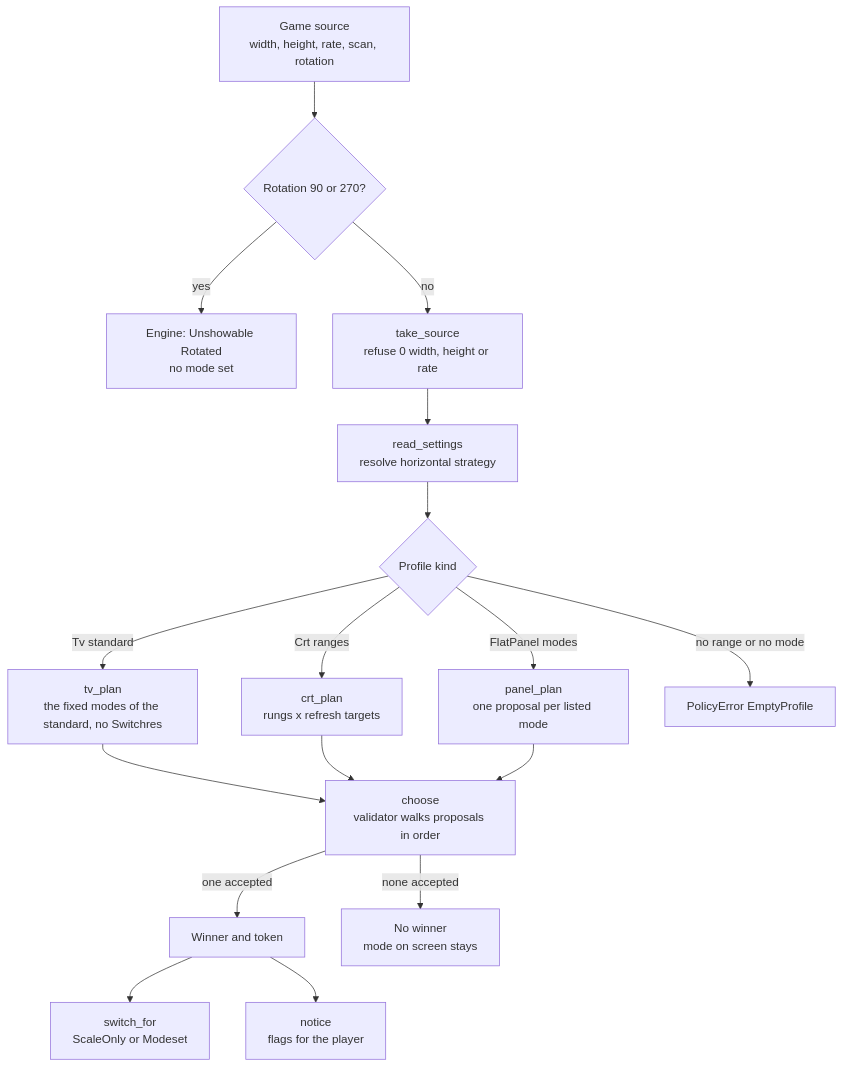
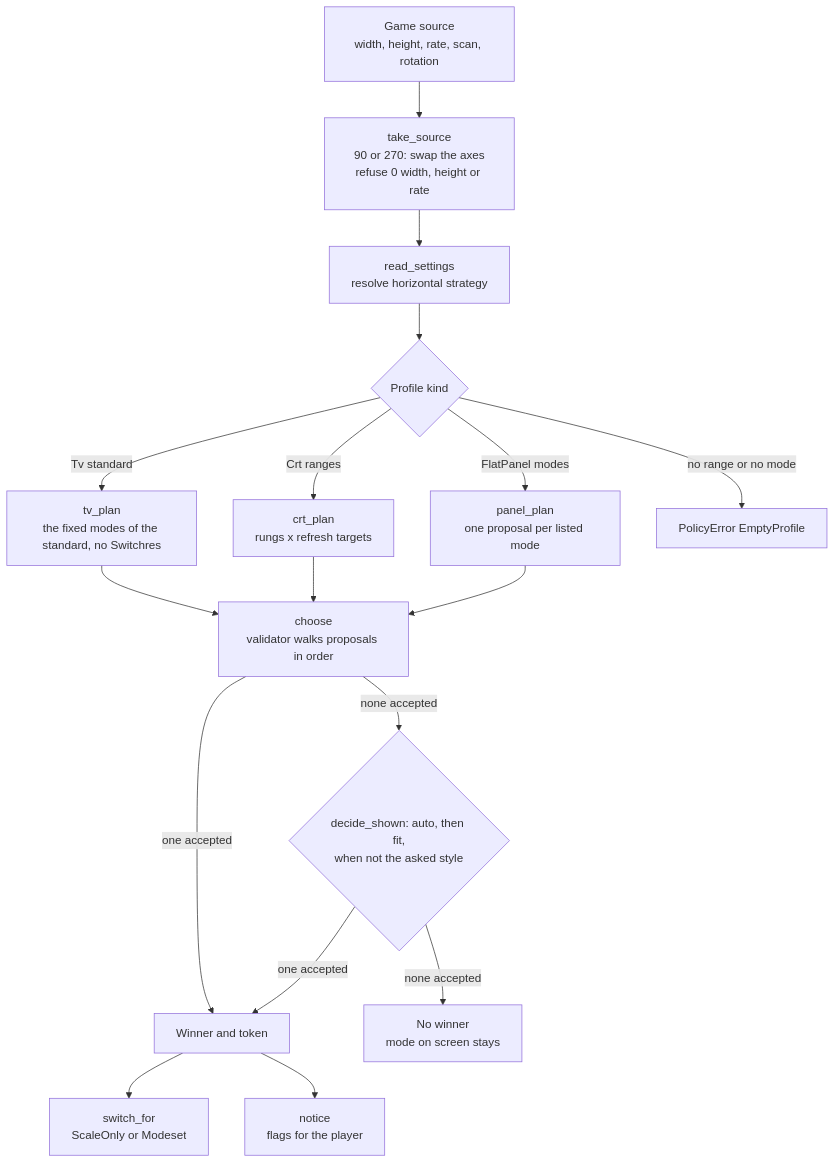
One commit to paologaleotti/neptron changed the first of 6 diagrams in docs/flows/05-policy.md. Above: the diagram before and after it, drawn with Mermaid. The commit also changed other lines of this file and 2 other files, not shown here.

First line of the commit message:
docs(flows): fix the policy, ODREN and session pages for turned sources and picture modes

````diff
--- a/docs/flows/05-policy.md
+++ b/docs/flows/05-policy.md
@@ -9,19 +9,19 @@
 ```mermaid
 flowchart TD
-    S["Game source<br/>width, height, rate, scan, rotation"] --> R{"Rotation 90 or 270?"}
-    R -- "yes" --> U["Engine: Unshowable Rotated<br/>no mode set"]
-    R -- "no" --> T["take_source<br/>refuse 0 width, height or rate"]
+    S["Game source<br/>width, height, rate, scan, rotation"] --> T["take_source<br/>90 or 270: swap the axes<br/>refuse 0 width, height or rate"]
     T --> RS["read_settings<br/>resolve horizontal strategy"]
     RS --> K{"Profile kind"}
     K -- "Crt ranges" --> C["crt_plan<br/>rungs x refresh targets"]
     K -- "FlatPanel modes" --> P["panel_plan<br/>one proposal per listed mode"]
     K -- "Tv standard" --> TV["tv_plan<br/>the fixed modes of the standard, no Switchres"]
     TV --> CH
     K -- "no range or no mode" --> E["PolicyError EmptyProfile"]
     C --> CH["choose<br/>validator walks proposals in order"]
     P --> CH
     CH -- "one accepted" --> W["Winner and token"]
-    CH -- "none accepted" --> N["No winner<br/>mode on screen stays"]
+    CH -- "none accepted" --> FB{"decide_shown: auto, then fit,<br/>when not the asked style"}
+    FB -- "one accepted" --> W
+    FB -- "none accepted" --> N["No winner<br/>mode on screen stays"]
     W --> SW["switch_for<br/>ScaleOnly or Modeset"]
     W --> NO["notice<br/>flags for the player"]
 ```
````
